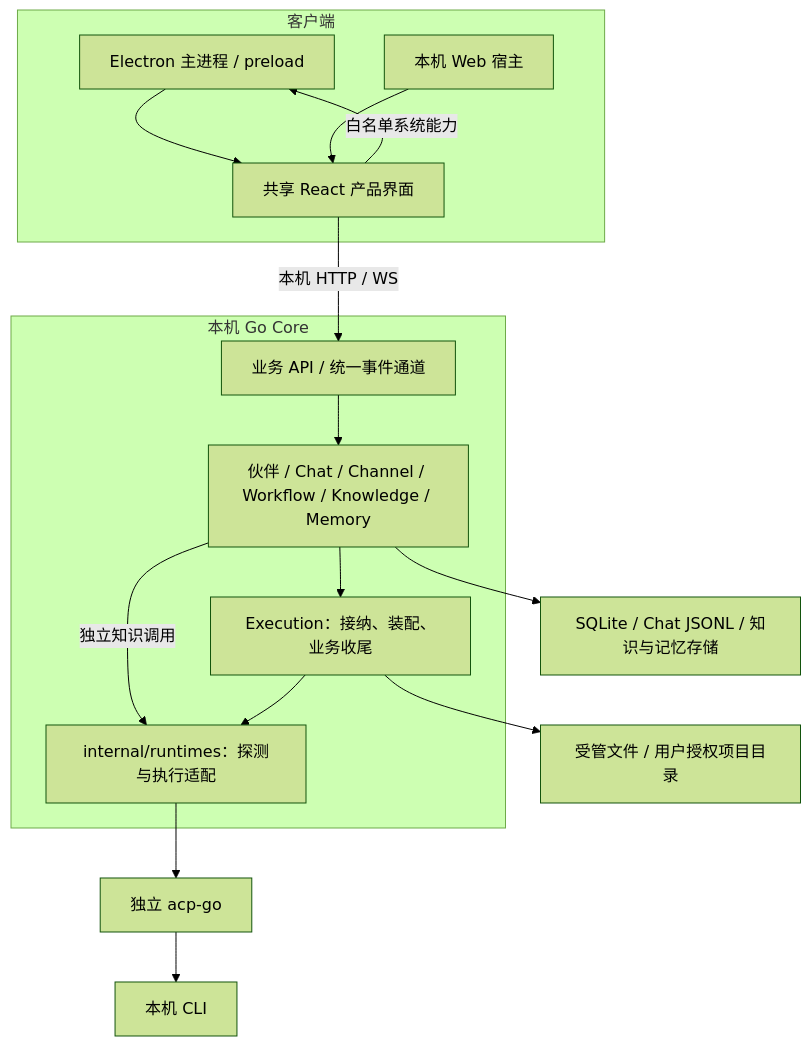
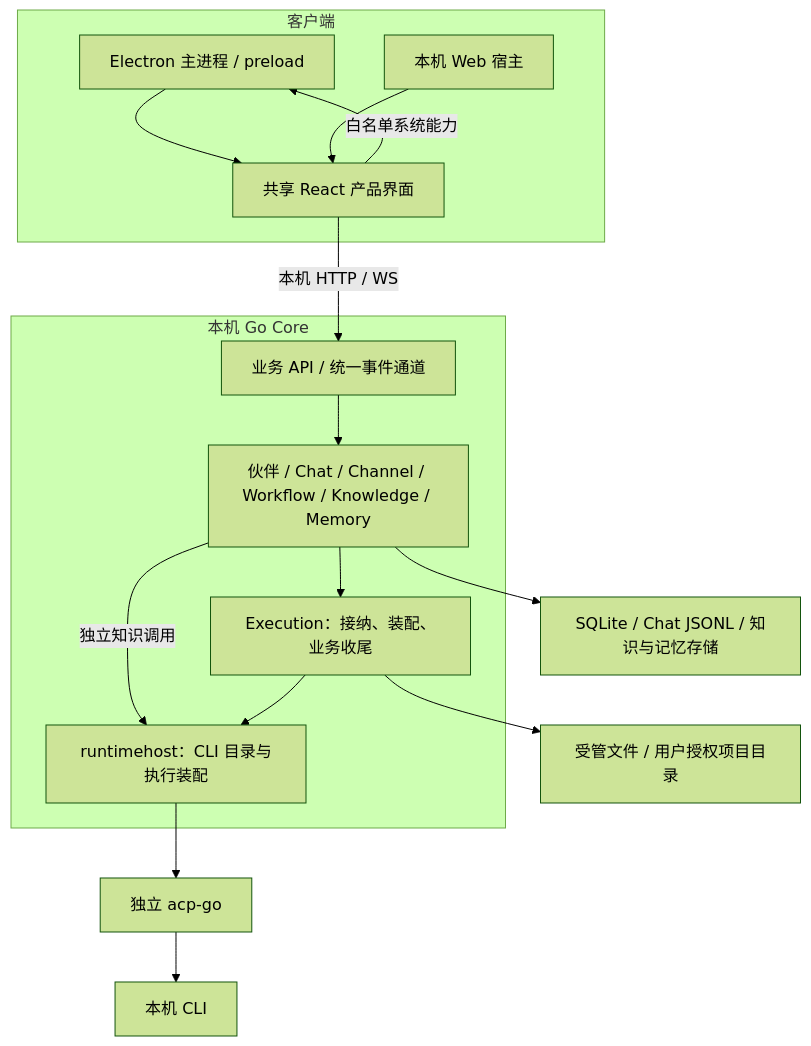
One commit to JieWaZi/NeuxBot changed the first of 3 diagrams in docs/discussions/project-architecture-and-editions-spec-cn.md. Above: the diagram before and after it, drawn with Mermaid (forest theme). The commit also changed other lines of this file and 675 other files, not shown here.

````diff
--- a/docs/discussions/project-architecture-and-editions-spec-cn.md
+++ b/docs/discussions/project-architecture-and-editions-spec-cn.md
@@ -59,26 +59,26 @@
 ```mermaid
 flowchart TB
     subgraph Client[客户端]
         Desktop[Electron 主进程 / preload]
         UI[共享 React 产品界面]
         Web[本机 Web 宿主]
         Desktop --> UI
         Web --> UI
     end
     subgraph Core[本机 Go Core]
         API[业务 API / 统一事件通道]
         Domain[伙伴 / Chat / Channel / Workflow / Knowledge / Memory]
         EX[Execution：接纳、装配、业务收尾]
-        RT[internal/runtimes：探测与执行适配]
+        RT[runtimehost：CLI 目录与执行装配]
         API --> Domain
         Domain --> EX
         Domain -->|独立知识调用| RT
         EX --> RT
     end
     UI -->|本机 HTTP / WS| API
     UI -->|白名单系统能力| Desktop
     RT --> ACP[独立 acp-go]
     ACP --> CLI[本机 CLI]
     Domain --> Store[SQLite / Chat JSONL / 知识与记忆存储]
     EX --> Files[受管文件 / 用户授权项目目录]
 ```
````
